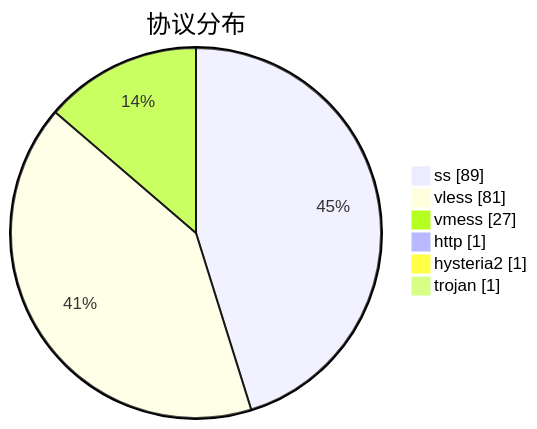
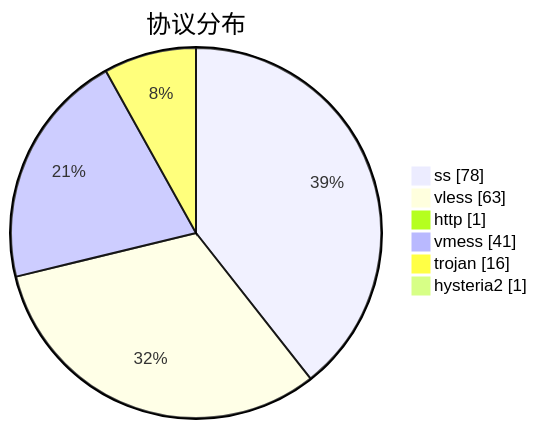
One commit to qjlxg/airport changed the third of 3 diagrams in subs/statistics/tested_within.md. Above: the diagram before and after it, drawn with Mermaid. The commit also changed other lines of this file and 2 other files, not shown here.

````diff
--- a/subs/statistics/tested_within.md
+++ b/subs/statistics/tested_within.md
@@ -26,10 +29,10 @@
 ```mermaid
 pie showData
 title 协议分布
-"ss" : 89
-"vless" : 81
-"vmess" : 27
+"ss" : 78
+"vless" : 63
 "http" : 1
+"vmess" : 41
+"trojan" : 16
 "hysteria2" : 1
-"trojan" : 1
 ```
````
